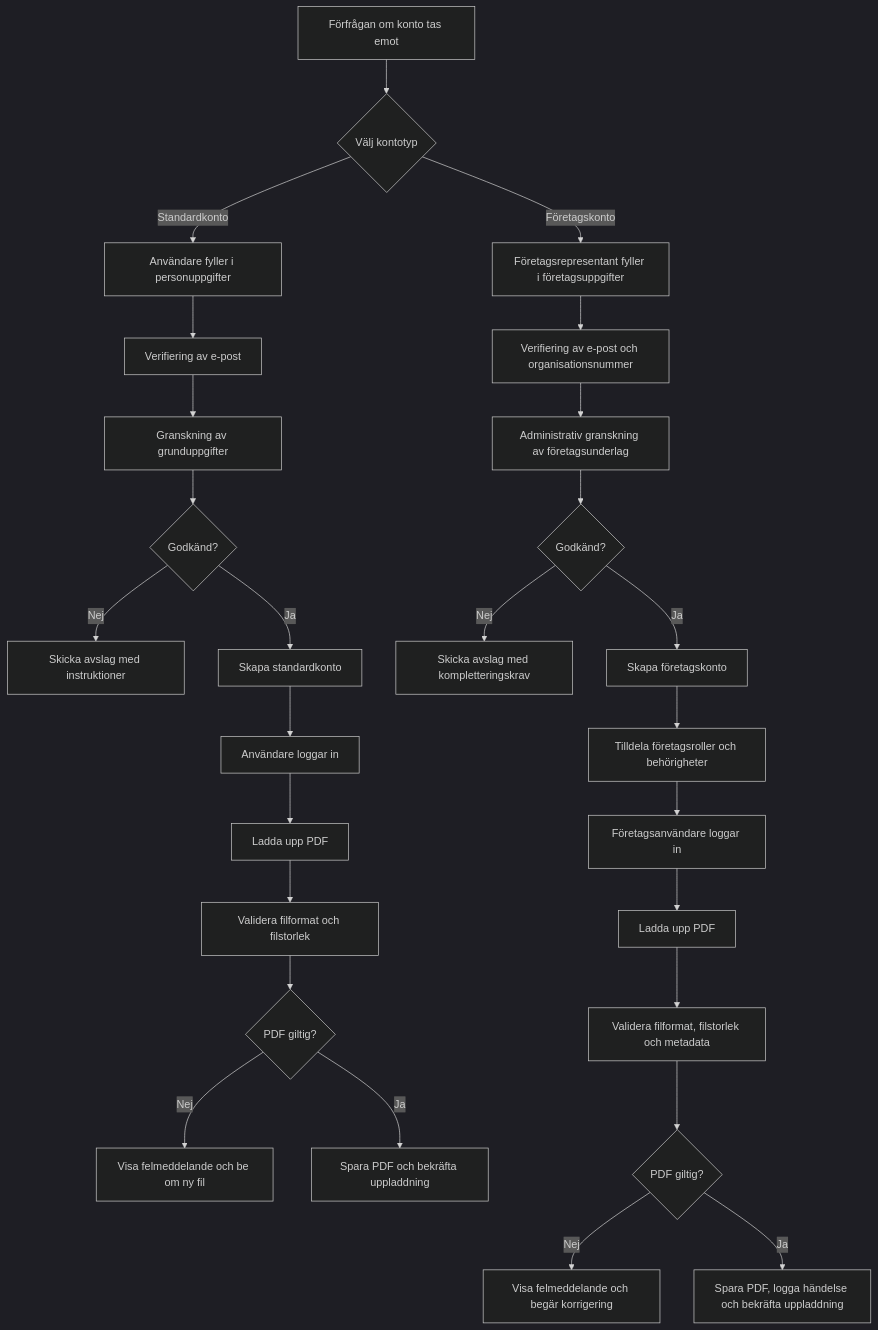
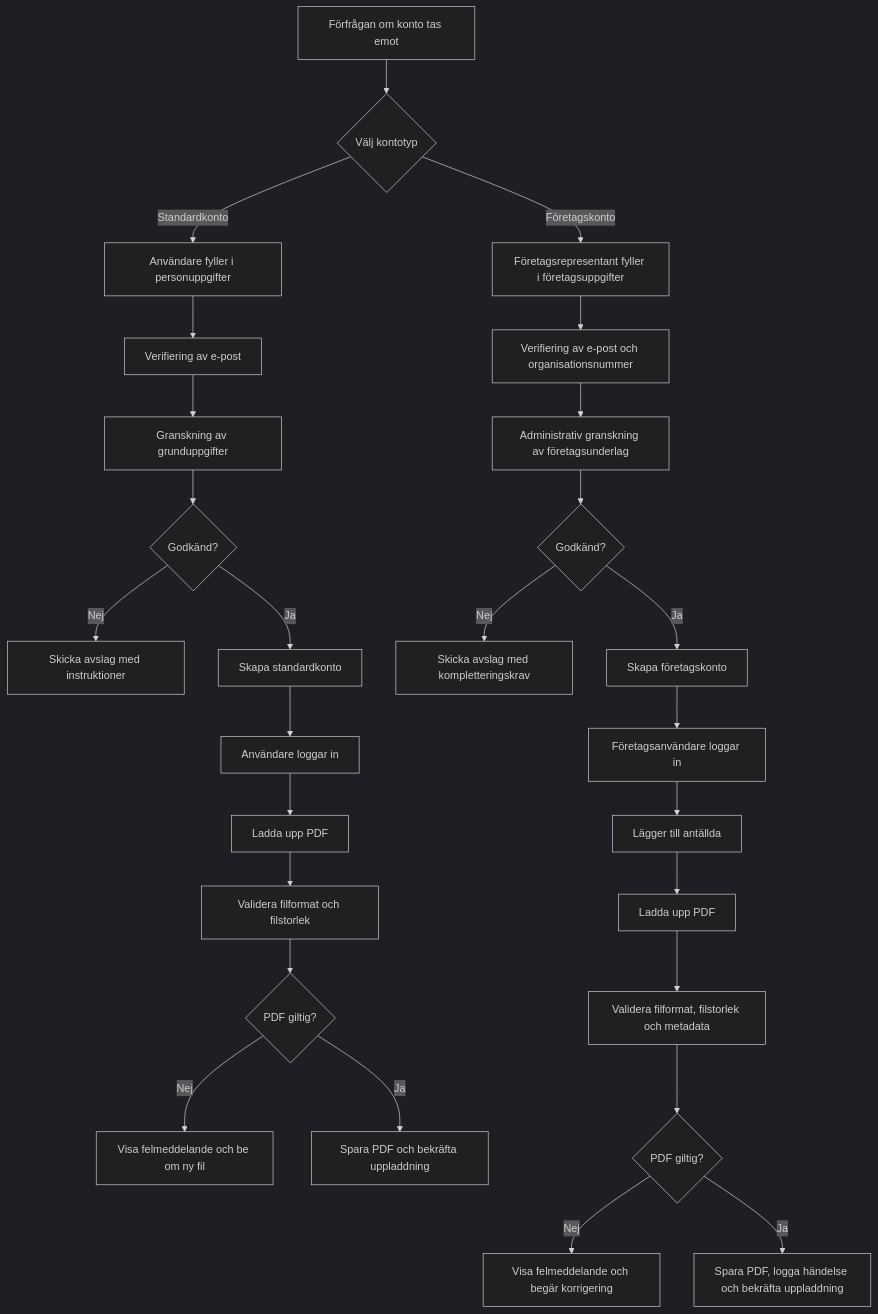
Before and after one commit to Mr-cool08/JK-utbildnings-intyg: the diagram in ACCOUNT_REQUEST_TO_PDF_FLOW.md, drawn with Mermaid (dark theme).

````diff
--- a/ACCOUNT_REQUEST_TO_PDF_FLOW.md
+++ b/ACCOUNT_REQUEST_TO_PDF_FLOW.md
@@ -5,31 +5,31 @@
 ```mermaid
 flowchart TD
     A[Förfrågan om konto tas emot] --> B{Välj kontotyp}
 
     B -->|Standardkonto| C[Användare fyller i personuppgifter]
     C --> D[Verifiering av e-post]
     D --> E[Granskning av grunduppgifter]
     E --> F{Godkänd?}
     F -->|Nej| G[Skicka avslag med instruktioner]
     F -->|Ja| H[Skapa standardkonto]
     H --> I[Användare loggar in]
     I --> J[Ladda upp PDF]
     J --> K[Validera filformat och filstorlek]
     K --> L{PDF giltig?}
     L -->|Nej| M[Visa felmeddelande och be om ny fil]
     L -->|Ja| N[Spara PDF och bekräfta uppladdning]
 
     B -->|Företagskonto| O[Företagsrepresentant fyller i företagsuppgifter]
     O --> P[Verifiering av e-post och organisationsnummer]
     P --> Q[Administrativ granskning av företagsunderlag]
     Q --> R{Godkänd?}
     R -->|Nej| S[Skicka avslag med kompletteringskrav]
     R -->|Ja| T[Skapa företagskonto]
-    T --> U[Tilldela företagsroller och behörigheter]
-    U --> V[Företagsanvändare loggar in]
+    T --> U[Företagsanvändare loggar in]
+    U --> V[Lägger till antällda]
     V --> W[Ladda upp PDF]
     W --> X[Validera filformat, filstorlek och metadata]
     X --> Y{PDF giltig?}
     Y -->|Nej| Z[Visa felmeddelande och begär korrigering]
     Y -->|Ja| AA[Spara PDF, logga händelse och bekräfta uppladdning]
 ```
````
